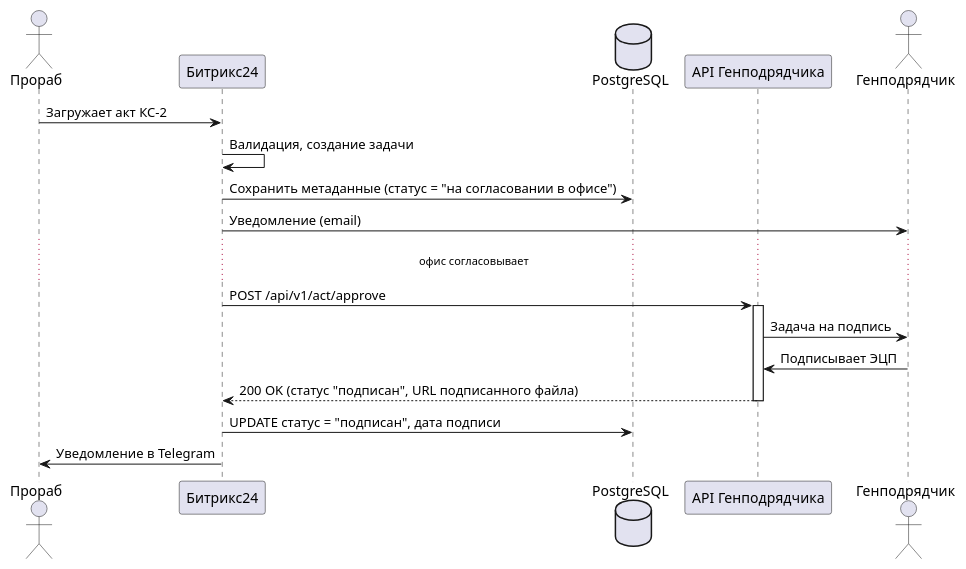
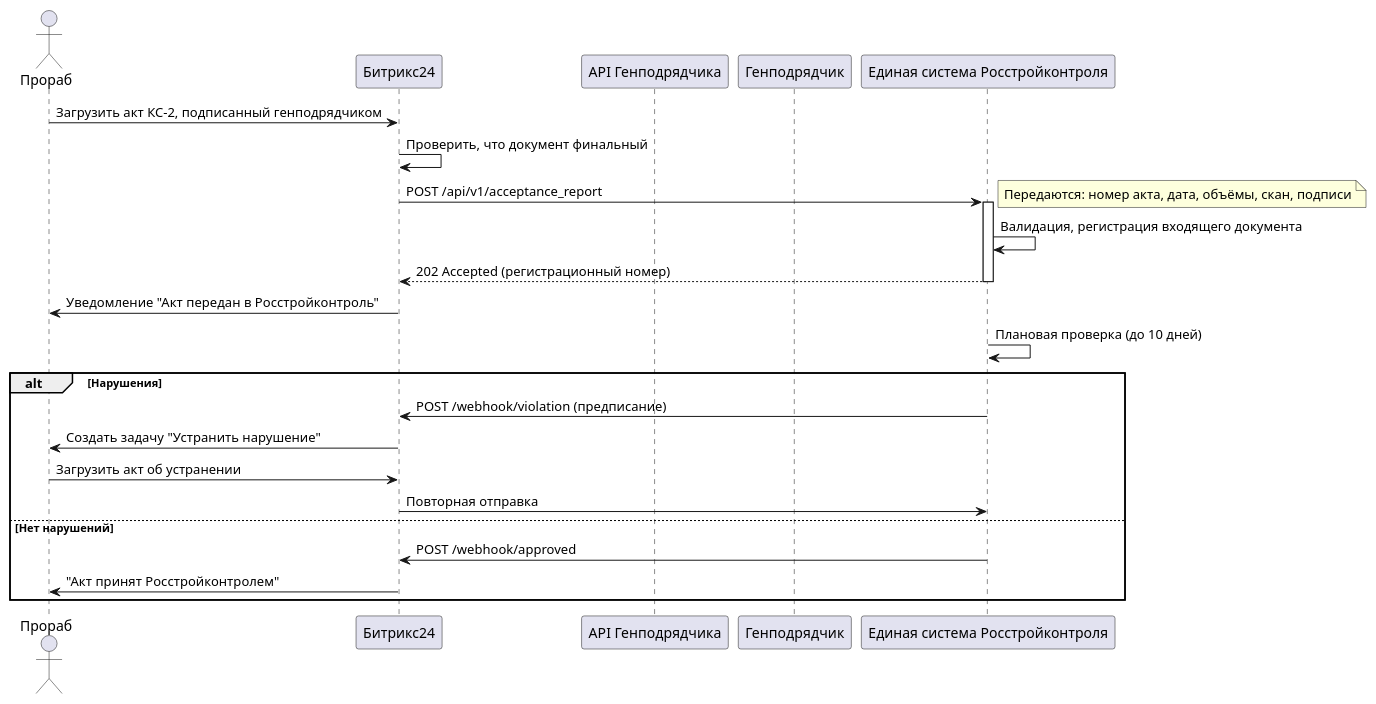
Before and after one commit to sevastiananalyst/analyst-portfolio: the diagram in 02_bpmn_requirements_case/diagrams/sequence_api_contractor.puml, drawn with PlantUML.

```diff
--- a/02_bpmn_requirements_case/diagrams/sequence_api_contractor.puml
+++ b/02_bpmn_requirements_case/diagrams/sequence_api_contractor.puml
@@ -1,21 +1,27 @@
 @startuml
 actor "Прораб" as P
 participant "Битрикс24" as B24
-database "PostgreSQL" as DB
-participant "API Генподрядчика" as API
-actor "Генподрядчик" as GC
+participant "API Генподрядчика" as API_GC
+participant "Генподрядчик" as GC
+participant "Единая система Росстройконтроля" as RSK
 
-P -> B24: Загружает акт КС-2
-B24 -> B24: Валидация, создание задачи
-B24 -> DB: Сохранить метаданные (статус = "на согласовании в офисе")
-B24 -> GC: Уведомление (email)
-... офис согласовывает ...
-B24 -> API: POST /api/v1/act/approve
-activate API
-API -> GC: Задача на подпись
-GC -> API: Подписывает ЭЦП
-API --> B24: 200 OK (статус "подписан", URL подписанного файла)
-deactivate API
-B24 -> DB: UPDATE статус = "подписан", дата подписи
-B24 -> P: Уведомление в Telegram
+P -> B24: Загрузить акт КС-2, подписанный генподрядчиком
+B24 -> B24: Проверить, что документ финальный
+B24 -> RSK: POST /api/v1/acceptance_report
+activate RSK
+note right: Передаются: номер акта, дата, объёмы, скан, подписи
+RSK -> RSK: Валидация, регистрация входящего документа
+RSK --> B24: 202 Accepted (регистрационный номер)
+deactivate RSK
+B24 -> P: Уведомление "Акт передан в Росстройконтроль"
+RSK -> RSK: Плановая проверка (до 10 дней)
+alt Нарушения
+    RSK -> B24: POST /webhook/violation (предписание)
+    B24 -> P: Создать задачу "Устранить нарушение"
+    P -> B24: Загрузить акт об устранении
+    B24 -> RSK: Повторная отправка
+else Нет нарушений
+    RSK -> B24: POST /webhook/approved
+    B24 -> P: "Акт принят Росстройконтролем"
+end
 @enduml
```
